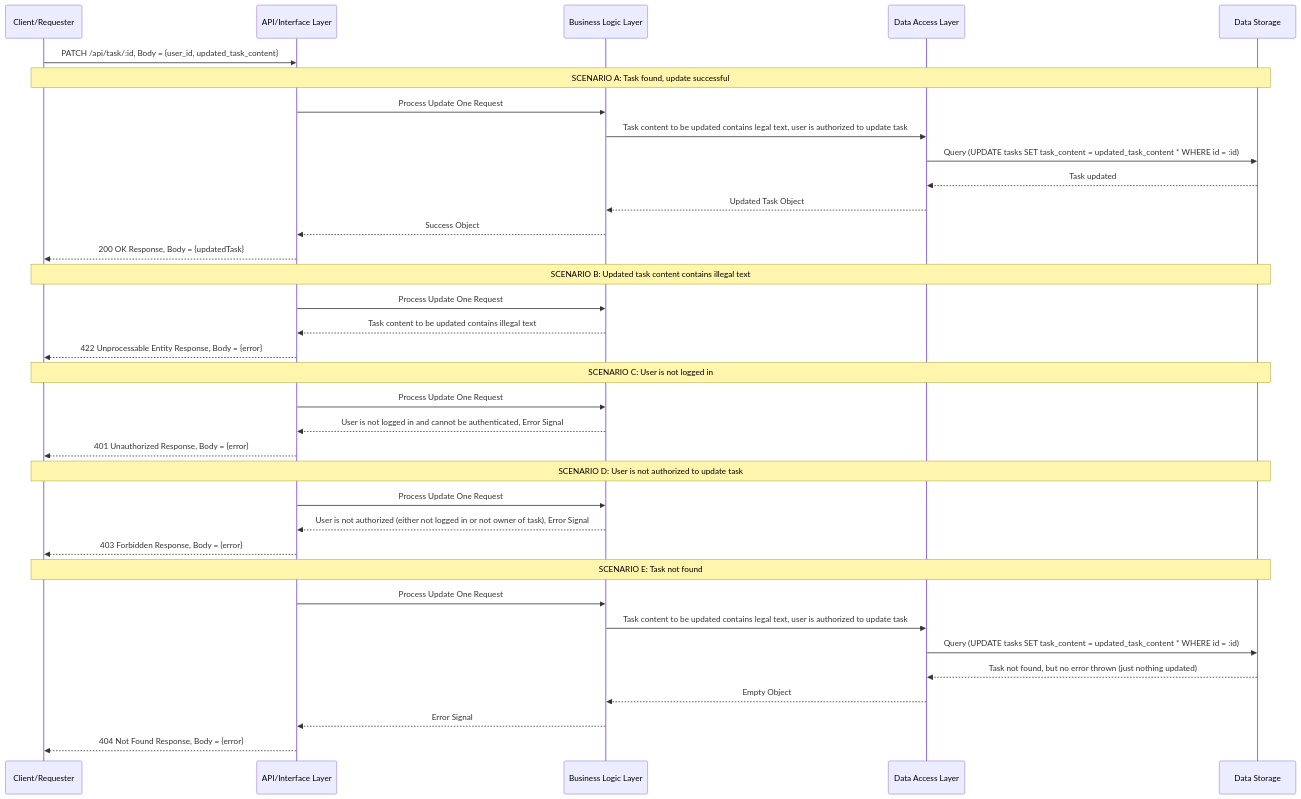
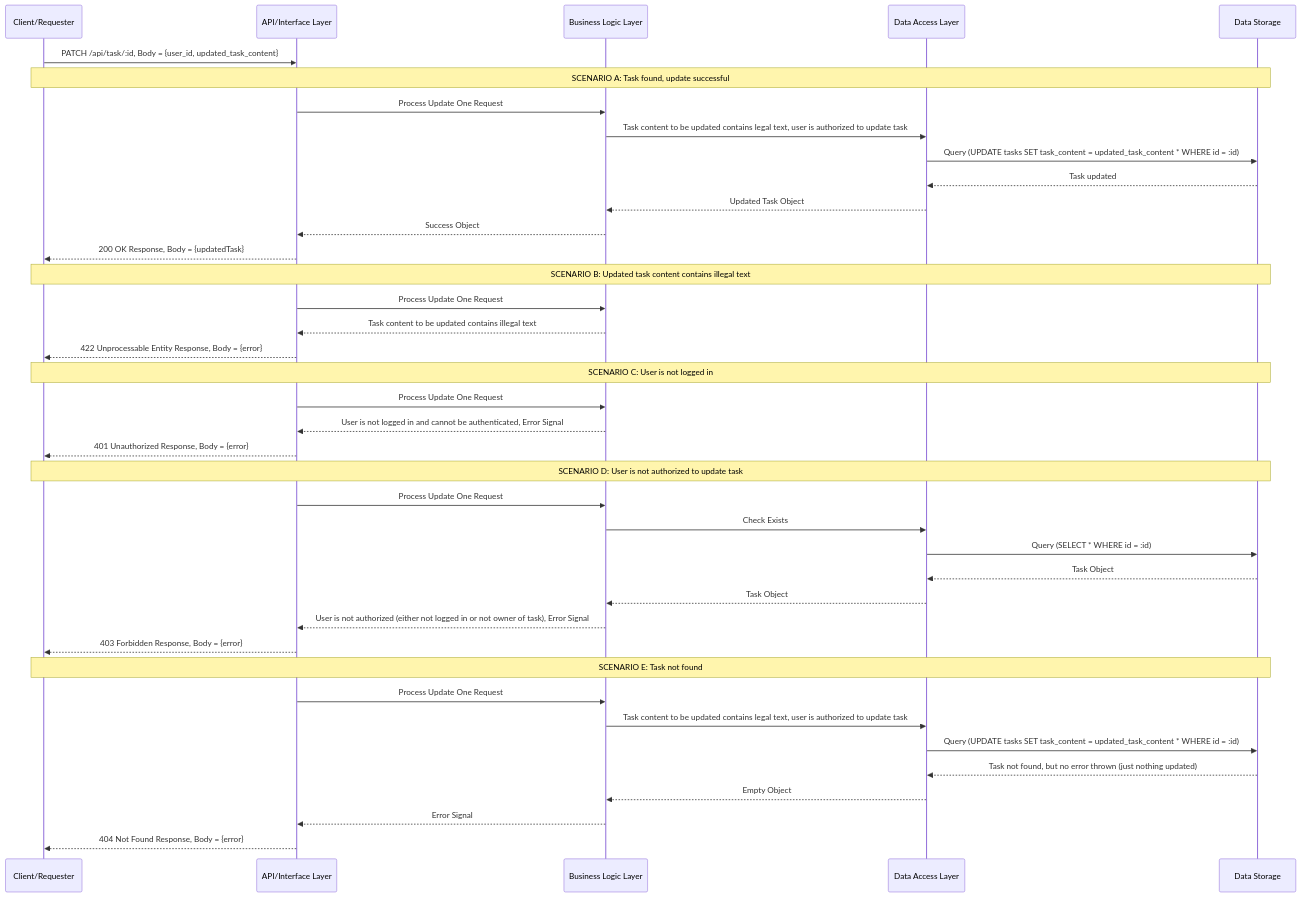
One commit to EricTrainingRev/260608-JFS changed the diagram in Phase_2/PATCH_task.md. Above: the diagram before and after it, drawn with Mermaid.

Commit message:
Update PATCH_task.md with database query for authorization

````diff
--- a/Phase_2/PATCH_task.md
+++ b/Phase_2/PATCH_task.md
@@ -1,43 +1,47 @@
 ```mermaid
 sequenceDiagram
     participant Requester as Client/Requester
     participant API as API/Interface Layer
     participant Logic as Business Logic Layer
     participant DataAccess as Data Access Layer
     participant Storage as Data Storage
 
     Requester->>API: PATCH /api/task/:id, Body = {user_id, updated_task_content}
 
     Note over Requester,Storage: SCENARIO A: Task found, update successful
     API->>Logic: Process Update One Request
     Logic->>DataAccess: Task content to be updated contains legal text, user is authorized to update task
     DataAccess->>Storage: Query (UPDATE tasks SET task_content = updated_task_content * WHERE id = :id)
     Storage-->>DataAccess: Task updated
     DataAccess-->>Logic: Updated Task Object
     Logic-->>API: Success Object
     API-->>Requester: 200 OK Response, Body = {updatedTask}
 
     Note over Requester,Storage: SCENARIO B: Updated task content contains illegal text
     API->>Logic: Process Update One Request
     Logic-->>API: Task content to be updated contains illegal text
     API-->>Requester: 422 Unprocessable Entity Response, Body = {error}
 
     Note over Requester,Storage: SCENARIO C: User is not logged in
     API->>Logic: Process Update One Request
     Logic-->>API: User is not logged in and cannot be authenticated, Error Signal
     API-->>Requester: 401 Unauthorized Response, Body = {error}
 
     Note over Requester,Storage: SCENARIO D: User is not authorized to update task
     API->>Logic: Process Update One Request
+    Logic->>DataAccess: Check Exists
+    DataAccess->>Storage: Query (SELECT * WHERE id = :id)
+    Storage-->>DataAccess: Task Object
+    DataAccess-->>Logic: Task Object
     Logic-->>API: User is not authorized (either not logged in or not owner of task), Error Signal
     API-->>Requester: 403 Forbidden Response, Body = {error}
 
     Note over Requester,Storage: SCENARIO E: Task not found
     API->>Logic: Process Update One Request
     Logic->>DataAccess: Task content to be updated contains legal text, user is authorized to update task
     DataAccess->>Storage: Query (UPDATE tasks SET task_content = updated_task_content * WHERE id = :id)
     Storage-->>DataAccess: Task not found, but no error thrown (just nothing updated)
     DataAccess-->>Logic: Empty Object
     Logic-->>API: Error Signal
     API-->>Requester: 404 Not Found Response, Body = {error}
 ```
````
